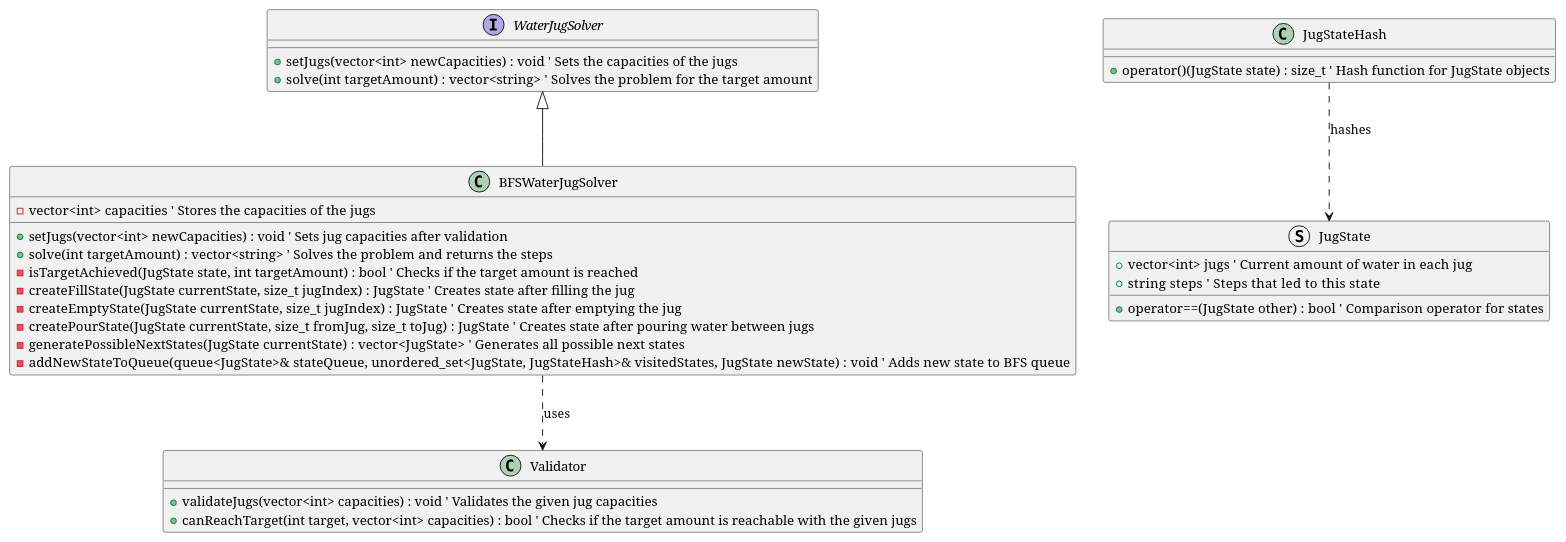
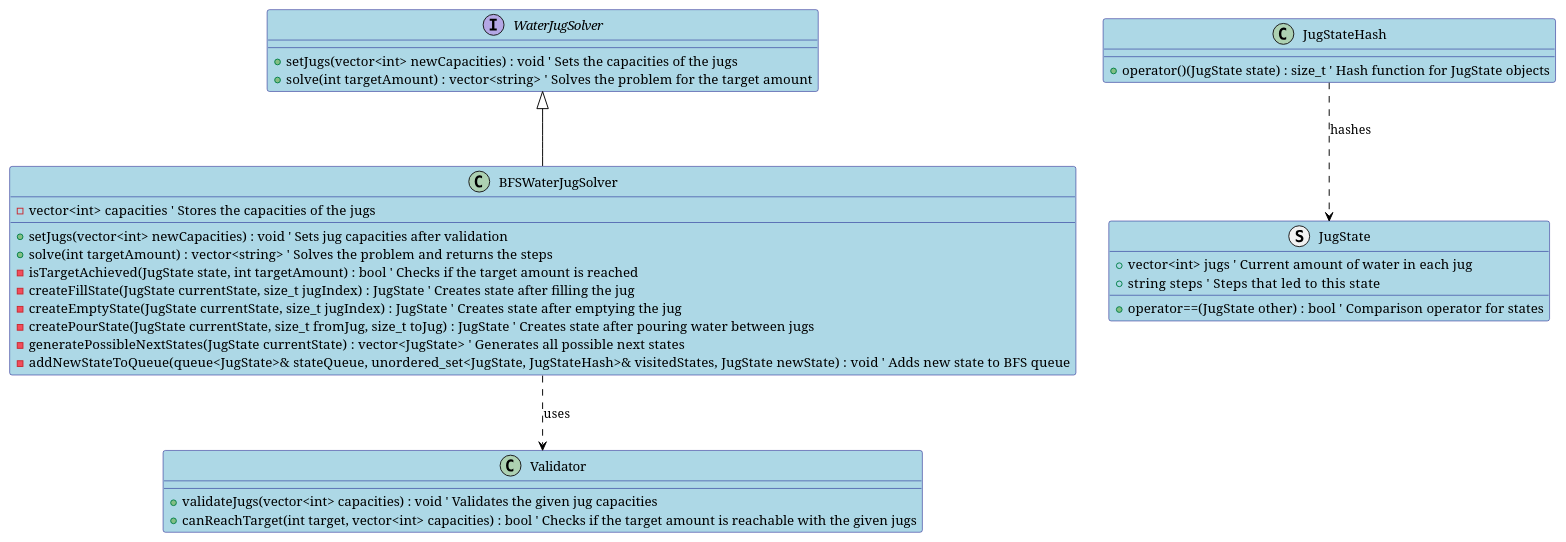
Before and after one commit to ghost000/water-and-jug: the diagram in diagrams/classDiagram.wsd, drawn with PlantUML. The commit also changed 5 other files, not shown here.

Commit message:
Add colors to PlantUML diagrams.

```diff
--- a/diagrams/classDiagram.wsd
+++ b/diagrams/classDiagram.wsd
@@ -1,47 +1,56 @@
 @startuml Class Diagram
+
+' Define colors for different elements
+skinparam class {
+    BackgroundColor LightBlue
+    BorderColor Navy
+    ArrowColor Black
+    FontColor Black
+}
+
 ' Interface representing the water jug solver problem
 interface WaterJugSolver {
     + setJugs(vector<int> newCapacities) : void  ' Sets the capacities of the jugs
     + solve(int targetAmount) : vector<string>   ' Solves the problem for the target amount
 }
 
 ' Concrete BFS algorithm implementation to solve the water jug problem
 class BFSWaterJugSolver {
     - vector<int> capacities  ' Stores the capacities of the jugs
     + setJugs(vector<int> newCapacities) : void  ' Sets jug capacities after validation
     + solve(int targetAmount) : vector<string>   ' Solves the problem and returns the steps
     - isTargetAchieved(JugState state, int targetAmount) : bool  ' Checks if the target amount is reached
     - createFillState(JugState currentState, size_t jugIndex) : JugState  ' Creates state after filling the jug
     - createEmptyState(JugState currentState, size_t jugIndex) : JugState  ' Creates state after emptying the jug
     - createPourState(JugState currentState, size_t fromJug, size_t toJug) : JugState  ' Creates state after pouring water between jugs
     - generatePossibleNextStates(JugState currentState) : vector<JugState>  ' Generates all possible next states
     - addNewStateToQueue(queue<JugState>& stateQueue, unordered_set<JugState, JugStateHash>& visitedStates, JugState newState) : void  ' Adds new state to BFS queue
 }
 
 ' Helper class for validating jug capacities and checking if the target can be reached
 class Validator {
     + validateJugs(vector<int> capacities) : void  ' Validates the given jug capacities
     + canReachTarget(int target, vector<int> capacities) : bool  ' Checks if the target amount is reachable with the given jugs
 }
 
 ' Structure representing the state of the jugs at any given moment
 struct JugState {
     + vector<int> jugs   ' Current amount of water in each jug
     + string steps   ' Steps that led to this state
     + operator==(JugState other) : bool  ' Comparison operator for states
 }
 
 ' Structure to hash JugState objects (required for unordered_set)
 class JugStateHash {
     + operator()(JugState state) : size_t  ' Hash function for JugState objects
 }
 
 ' Inheritance relationship between the interface and the implementation
 WaterJugSolver <|-- BFSWaterJugSolver
 
 ' Usage relationship between BFSWaterJugSolver and Validator
 BFSWaterJugSolver ..> Validator : uses
 
 ' JugState is hashed by JugStateHash
 JugStateHash ..> JugState : hashes
 @enduml
```
